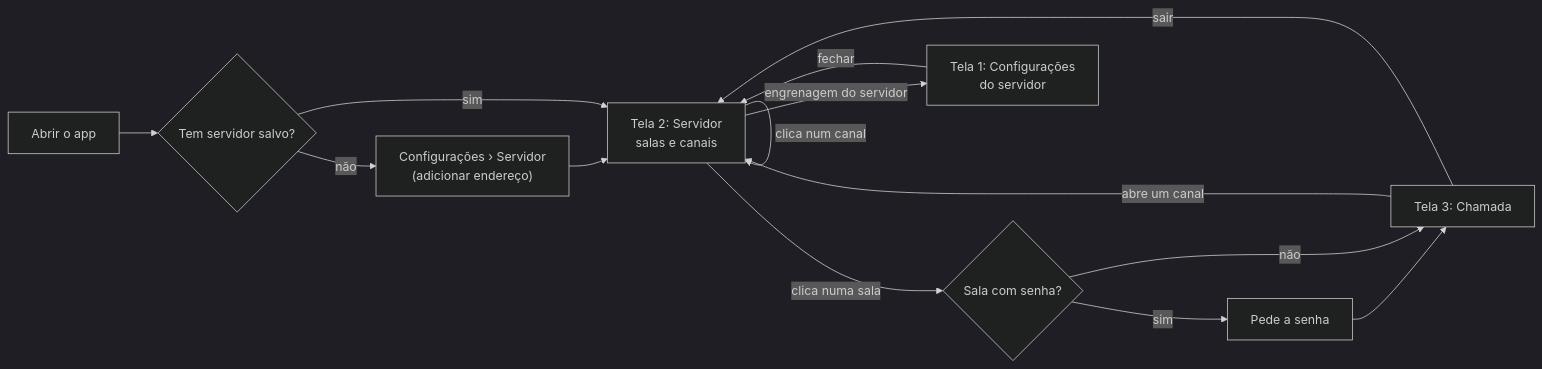
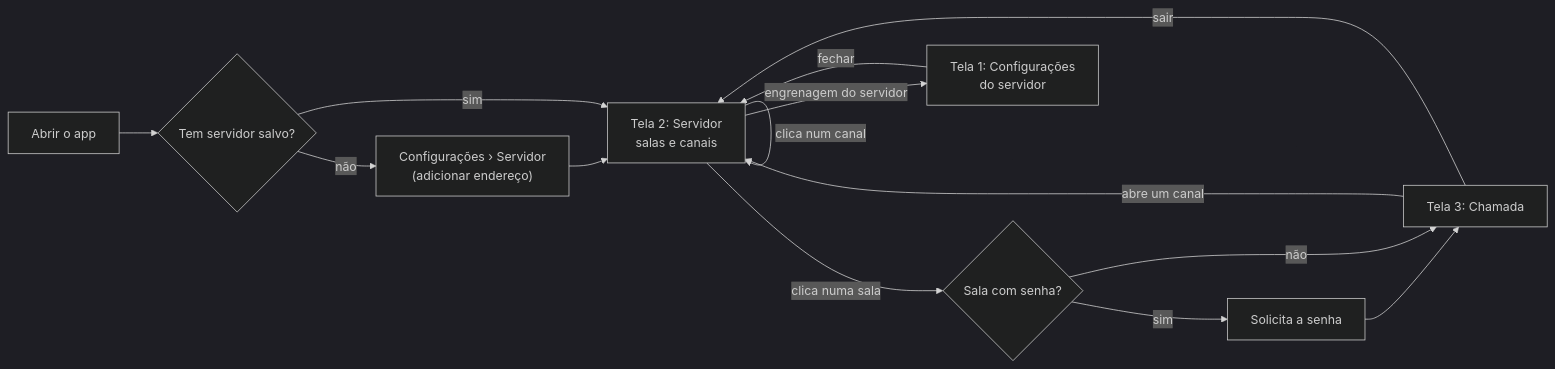
The second of 5 diagrams in 07-entrega-final/dossie.md (TyxMatty/Jay-C-apresentacao), drawn with Mermaid (dark theme) before and after one commit. The commit also changed other lines of this file and 1 other file, not shown here.

````diff
--- a/07-entrega-final/dossie.md
+++ b/07-entrega-final/dossie.md
@@ -461,15 +461,15 @@
 ```mermaid
 flowchart LR
   A["Abrir o app"] --> B{"Tem servidor salvo?"}
   B -- "não" --> C["Configurações › Servidor<br/>(adicionar endereço)"]
   C --> D
   B -- "sim" --> D["Tela 2: Servidor<br/>salas e canais"]
   D -- "clica num canal" --> D
   D -- "clica numa sala" --> E{"Sala com senha?"}
-  E -- "sim" --> F["Pede a senha"] --> G
+  E -- "sim" --> F["Solicita a senha"] --> G
   E -- "não" --> G["Tela 3: Chamada"]
   G -- "abre um canal" --> D
   G -- "sair" --> D
   D -- "engrenagem do servidor" --> H["Tela 1: Configurações<br/>do servidor"]
   H -- "fechar" --> D
 ```
````
